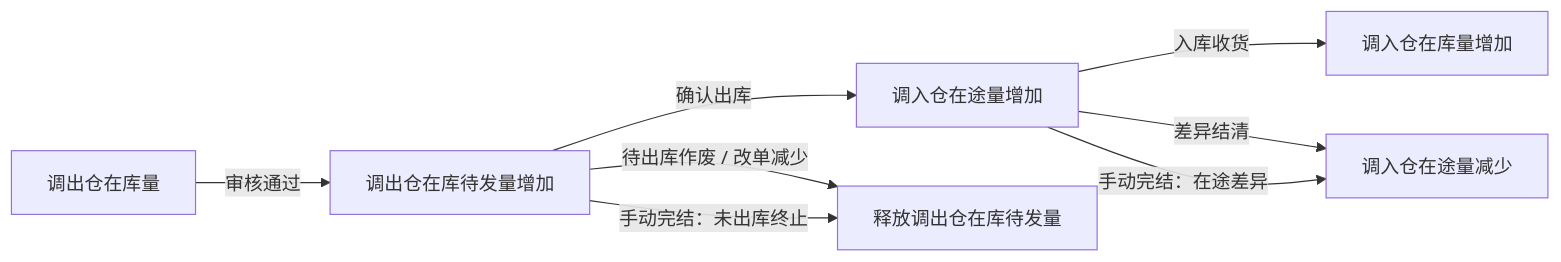
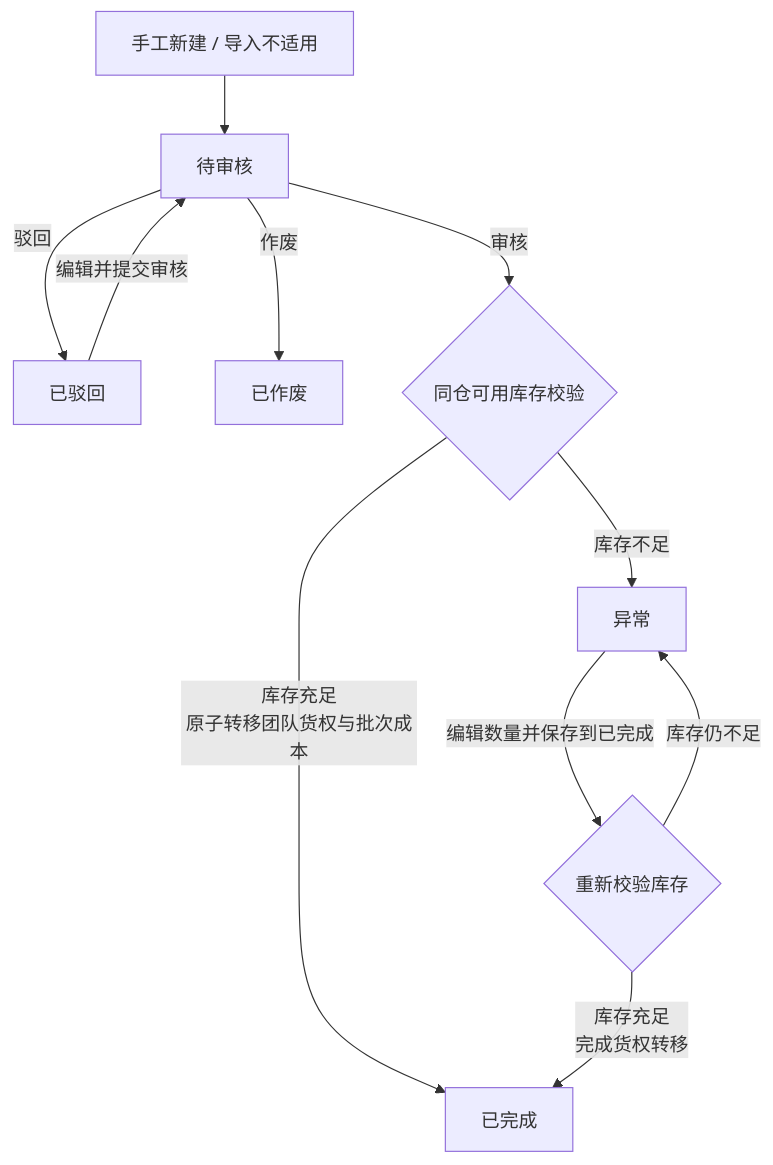
Before and after one commit to heiquanrenheiquanren-lab/Middle-Platform-Pages: the second of 2 diagrams in PRD/调拨单全流程管理-PRD.md, drawn with Mermaid. The commit also changed other lines of this file and 53 other files, not shown here.

````diff
--- a/PRD/调拨单全流程管理-PRD.md
+++ b/PRD/调拨单全流程管理-PRD.md
@@ -149,10 +61,13 @@
 ```mermaid
-flowchart LR
-    A[调出仓在库量] -->|审核通过| B[调出仓在库待发量增加]
-    B -->|确认出库| C[调入仓在途量增加]
-    C -->|入库收货| D[调入仓在库量增加]
-    B -->|待出库作废 / 改单减少| E[释放调出仓在库待发量]
-    B -->|手动完结：未出库终止| E
-    C -->|差异结清| F[调入仓在途量减少]
-    C -->|手动完结：在途差异| F
+flowchart TD
+    A[手工新建 / 导入不适用] --> B[待审核]
+    B -->|驳回| C[已驳回]
+    B -->|作废| D[已作废]
+    C -->|编辑并提交审核| B
+    B -->|审核| E{同仓可用库存校验}
+    E -->|库存充足<br/>原子转移团队货权与批次成本| F[已完成]
+    E -->|库存不足| G[异常]
+    G -->|编辑数量并保存到已完成| H{重新校验库存}
+    H -->|库存充足<br/>完成货权转移| F
+    H -->|库存仍不足| G
 ```
````
